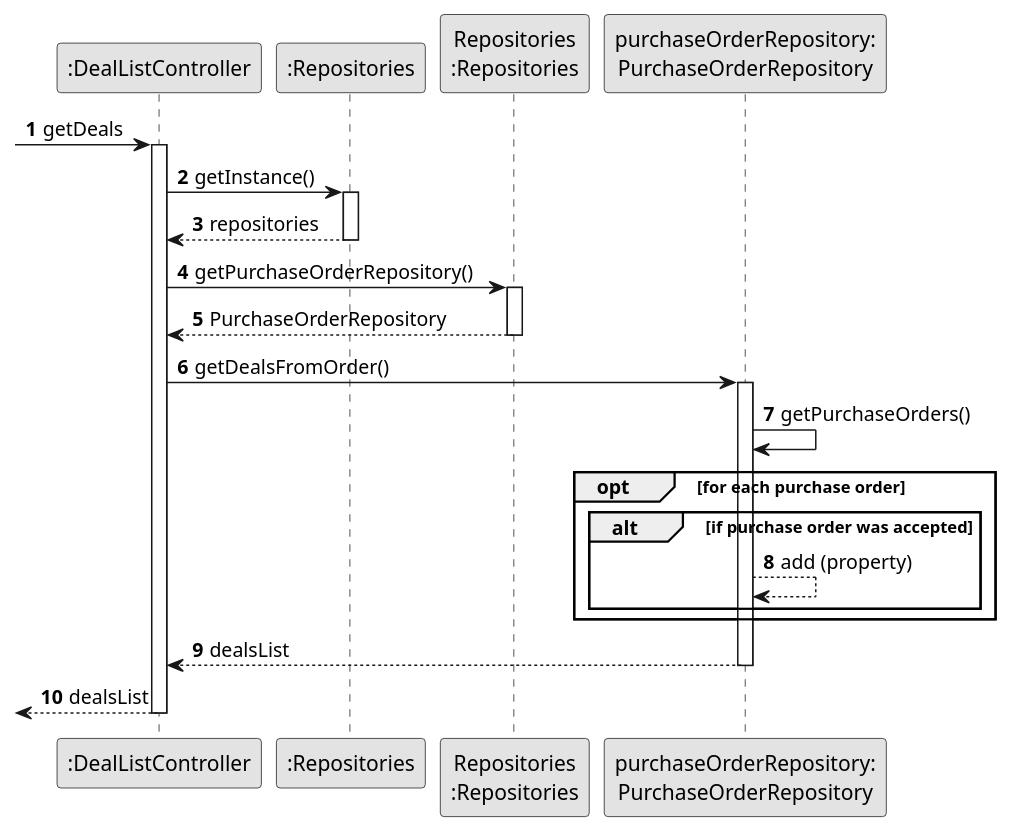
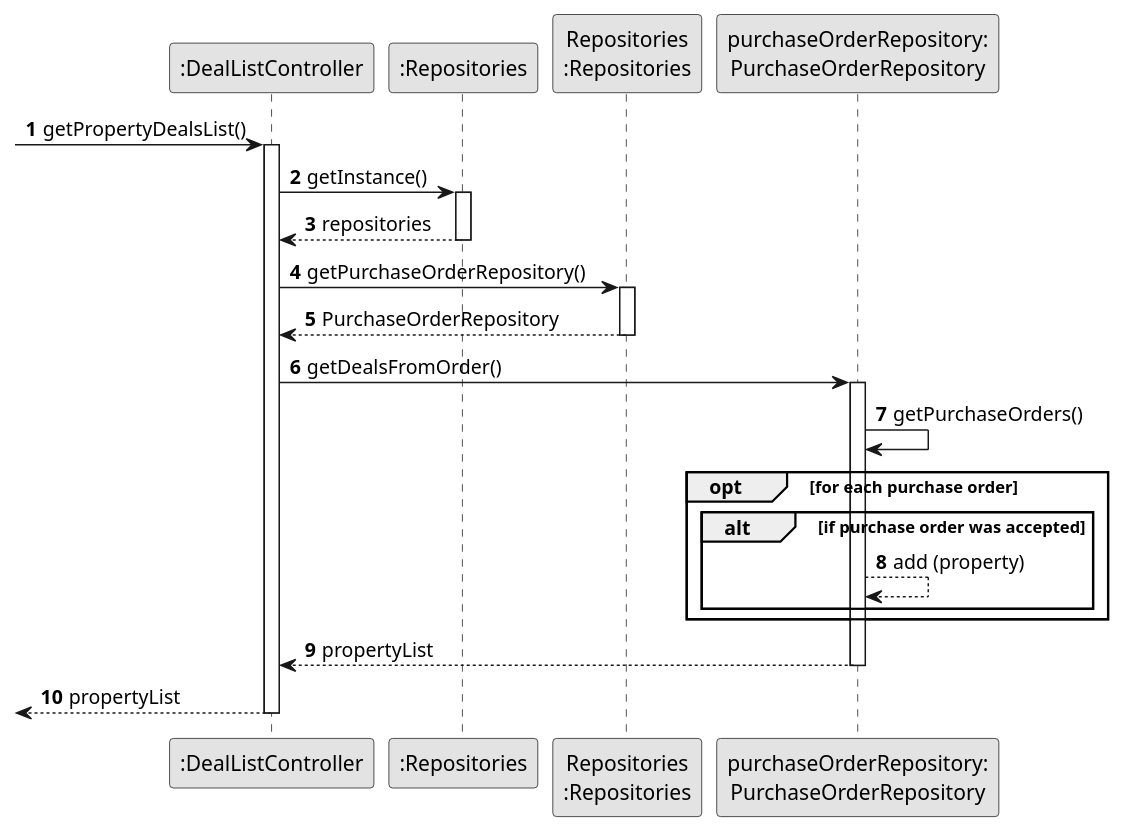
Before and after one commit to Shushizinho/RealEstateUSASystem: the diagram in docs/sprintD/us017/03.design/puml/us017-sequence-diagram-partial-get-deals-list.puml, drawn with PlantUML. The commit also changed 7 other files, not shown here.

Commit message:
update US17 SD (As a network manager, I want to list all deals made.)

```diff
--- a/docs/sprintD/us017/03.design/puml/us017-sequence-diagram-partial-get-deals-list.puml
+++ b/docs/sprintD/us017/03.design/puml/us017-sequence-diagram-partial-get-deals-list.puml
@@ -1,58 +1,58 @@
 @startuml
 'https://plantuml.com/sequence-diagram
 skinparam monochrome true
 skinparam packageStyle rectangle
 skinparam shadowing false
 
 
 autonumber
 
 
 participant ":DealListController" as CTRL
 participant ":Repositories" as RepositorySingleton
 participant "Repositories\n:Repositories" as PLAT
 participant "purchaseOrderRepository:\nPurchaseOrderRepository" as OR
 
 
 
--> CTRL : getDeals
+-> CTRL : getPropertyDealsList()
     activate CTRL
 
 
         CTRL -> RepositorySingleton : getInstance()
 
         activate RepositorySingleton
 
         RepositorySingleton --> CTRL: repositories
         deactivate RepositorySingleton
 
        CTRL -> PLAT : getPurchaseOrderRepository()
      activate PLAT
 
          PLAT --> CTRL : PurchaseOrderRepository
      deactivate PLAT
 
        CTRL -> OR : getDealsFromOrder()
            activate OR
 
 
              OR -> OR : getPurchaseOrders()
 
              opt  for each purchase order
              alt if purchase order was accepted
 
              OR --> OR : add (property)
              end
 
              end opt
 
-             OR --> CTRL : dealsList
+             OR --> CTRL : propertyList
              deactivate OR
 
         
 
 
-           <-- CTRL : dealsList
+           <-- CTRL : propertyList
 
            deactivate CTRL
 @enduml
```
